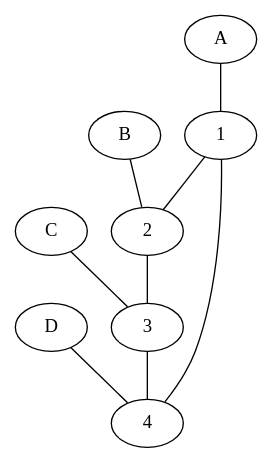
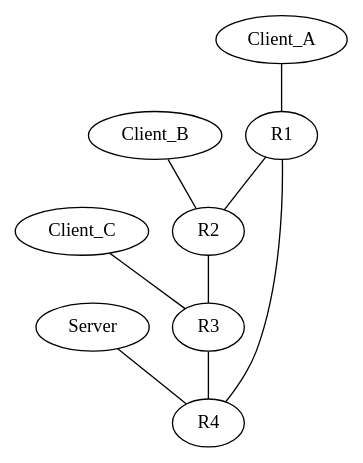
One commit to martimy/flow_analyzer changed the diagram in graph.dot. Above: the diagram before and after it, drawn with Graphviz. The commit also changed 1 other file, not shown here.

```diff
--- a/graph.dot
+++ b/graph.dot
@@ -1,10 +1,10 @@
 graph {
-    1 -- 2;
-    2 -- 3;
-    3 -- 4;
-    4 -- 1;
-    A -- 1;
-    B -- 2;
-    C -- 3;
-    D -- 4;    
+    R1 -- R2;
+    R2 -- R3;
+    R3 -- R4;
+    R4 -- R1;
+    Client_A -- R1;
+    Client_B -- R2;
+    Client_C -- R3;
+    Server -- R4;    
 }
```
